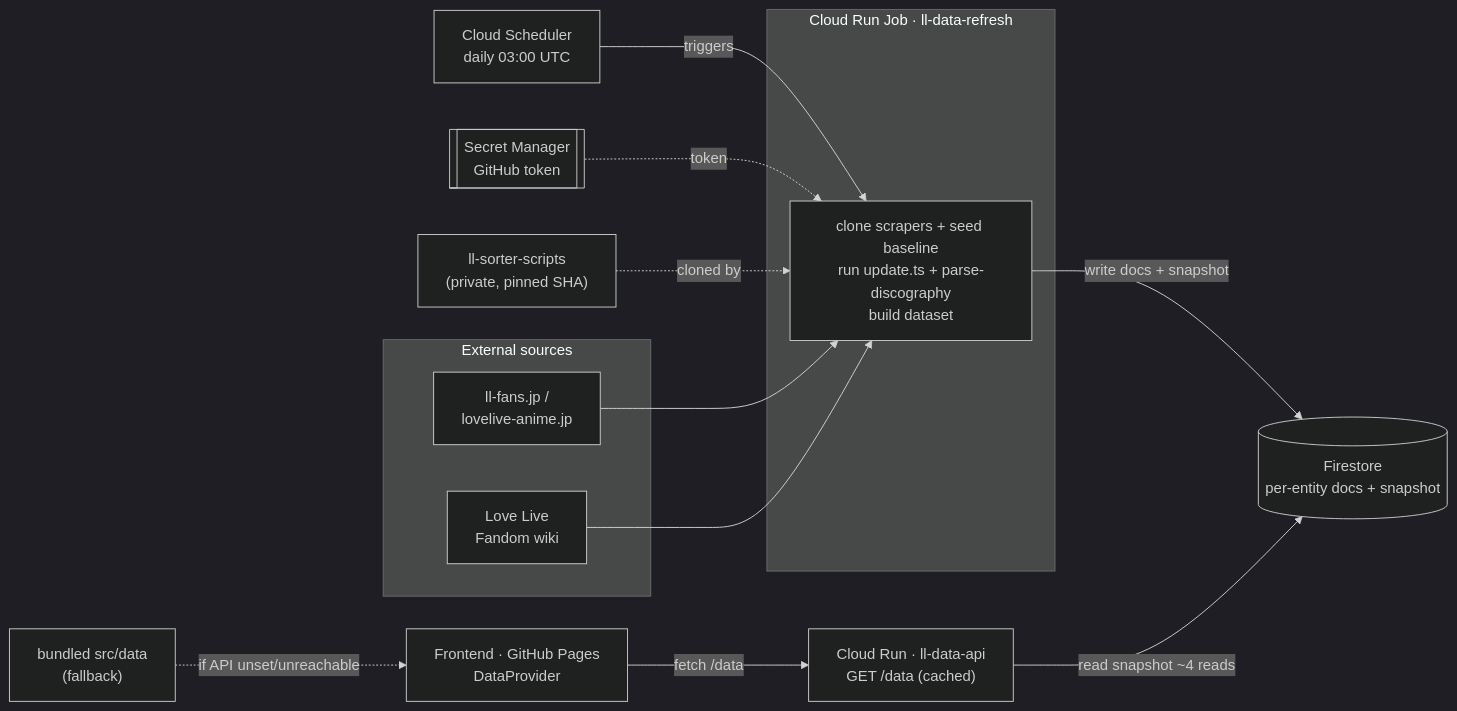
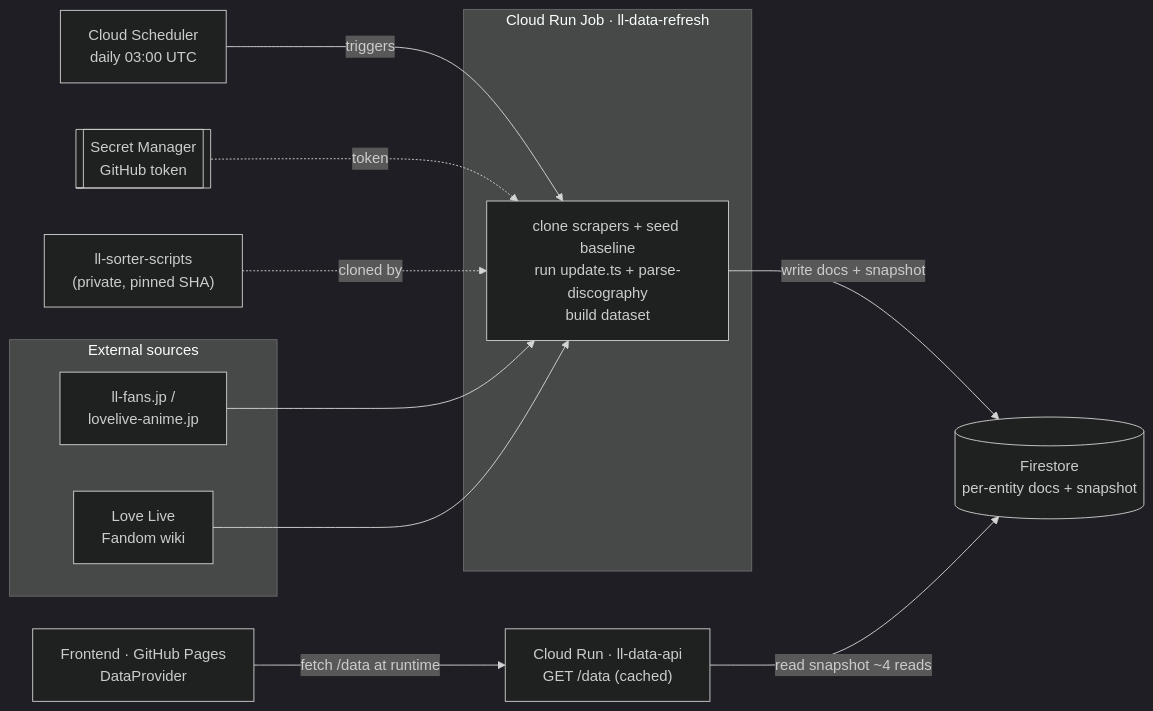
Before and after one commit to mting314/ll-music-reactions: the first of 2 diagrams in pipeline/README.md, drawn with Mermaid (dark theme). The commit also changed other lines of this file and 15 other files, not shown here.

First line of the commit message:
Fetch all data from the API at runtime (no bundled data) (#18)

````diff
--- a/pipeline/README.md
+++ b/pipeline/README.md
@@ -14,30 +14,28 @@
 ```mermaid
 flowchart LR
     subgraph ext["External sources"]
         LF["ll-fans.jp /<br/>lovelive-anime.jp"]
         WIKI["Love Live<br/>Fandom wiki"]
     end
 
     SCH["Cloud Scheduler<br/>daily 03:00 UTC"]
     SECRET[["Secret Manager<br/>GitHub token"]]
     SCRIPTS["ll-sorter-scripts<br/>(private, pinned SHA)"]
 
     subgraph job["Cloud Run Job · ll-data-refresh"]
         REFRESH["clone scrapers + seed baseline<br/>run update.ts + parse-discography<br/>build dataset"]
     end
 
     FS[("Firestore<br/>per-entity docs + snapshot")]
     API["Cloud Run · ll-data-api<br/>GET /data (cached)"]
     WEB["Frontend · GitHub Pages<br/>DataProvider"]
-    BUNDLE["bundled src/data<br/>(fallback)"]
 
     SCH -->|triggers| REFRESH
     SECRET -.token.-> REFRESH
     SCRIPTS -.cloned by.-> REFRESH
     LF --> REFRESH
     WIKI --> REFRESH
     REFRESH -->|write docs + snapshot| FS
     API -->|read snapshot ~4 reads| FS
-    WEB -->|fetch /data| API
-    BUNDLE -.if API unset/unreachable.-> WEB
+    WEB -->|fetch /data at runtime| API
 ```
````
